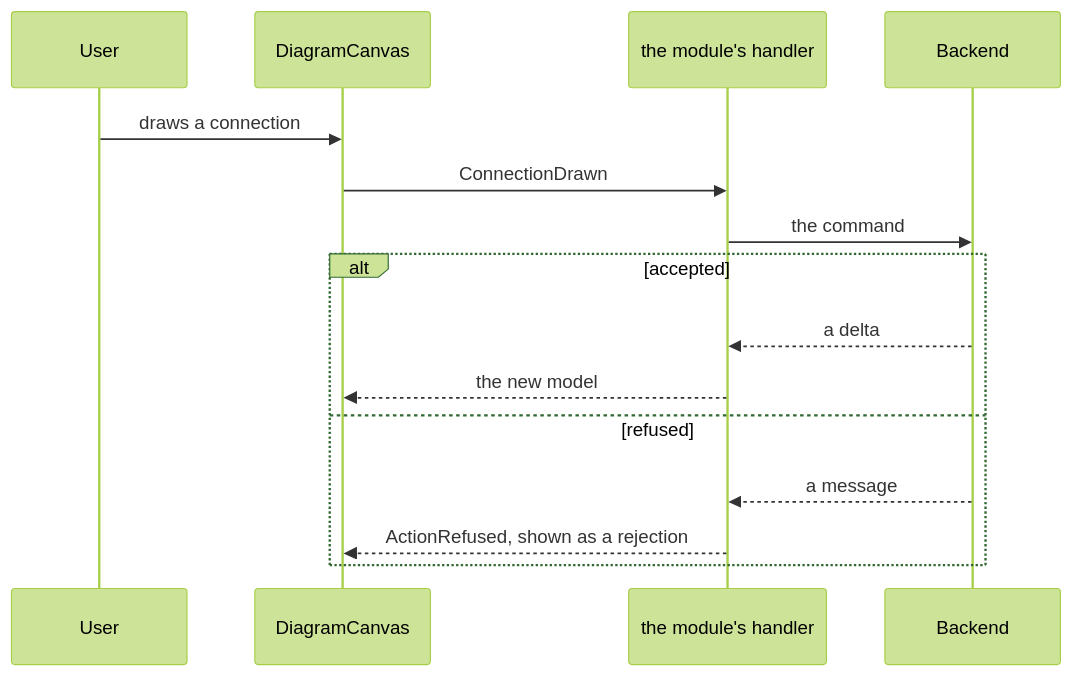
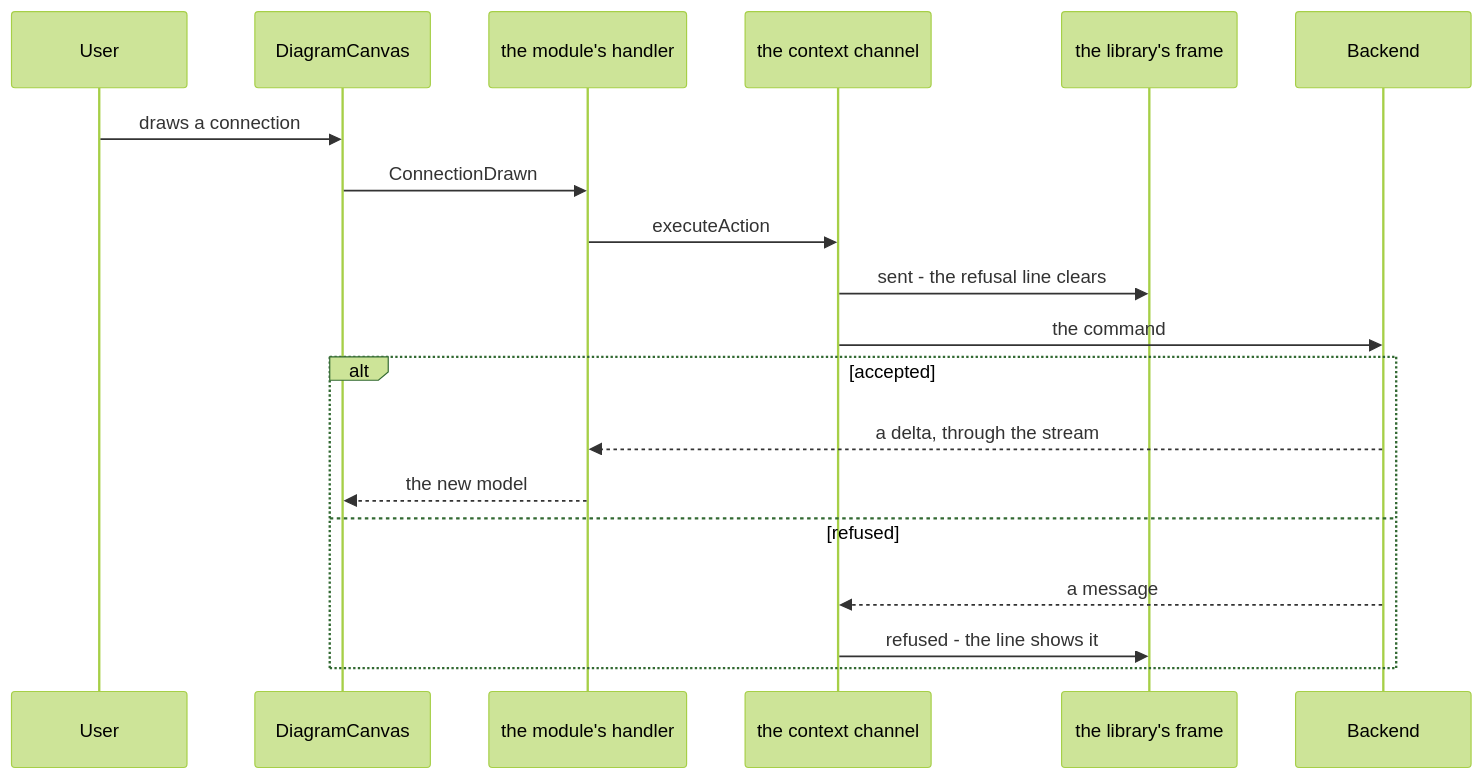
Before and after one commit to etalii-adp/etalii.adp.ide.standalone: the fourth of 5 diagrams in docs/diagram-module-client-api.md, drawn with Mermaid (forest theme). The commit also changed other lines of this file and 54 other files, not shown here.

````diff
--- a/docs/diagram-module-client-api.md
+++ b/docs/diagram-module-client-api.md
@@ -469,18 +470,22 @@
 ```mermaid
 sequenceDiagram
     participant User
     participant Canvas as DiagramCanvas
     participant Module as the module's handler
+    participant Channel as the context channel
+    participant Frame as the library's frame
     participant Backend
 
     User->>Canvas: draws a connection
     Canvas->>Module: ConnectionDrawn
-    Module->>Backend: the command
+    Module->>Channel: executeAction
+    Channel->>Frame: sent - the refusal line clears
+    Channel->>Backend: the command
     alt accepted
-        Backend-->>Module: a delta
+        Backend-->>Module: a delta, through the stream
         Module-->>Canvas: the new model
     else refused
-        Backend-->>Module: a message
-        Module-->>Canvas: ActionRefused, shown as a rejection
+        Backend-->>Channel: a message
+        Channel->>Frame: refused - the line shows it
     end
 ```
````
